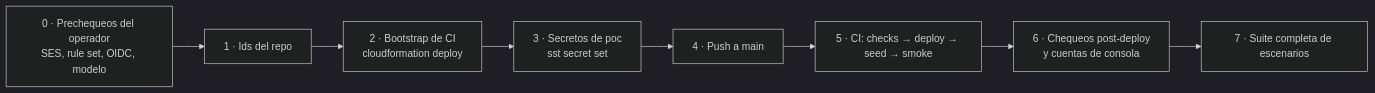
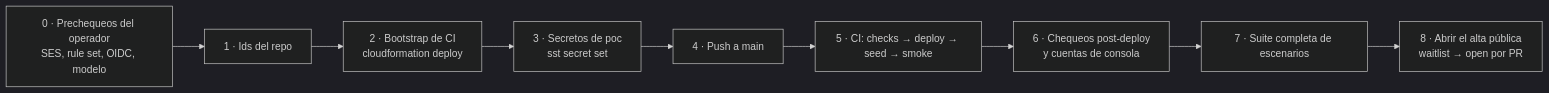
Before and after one commit to craftech-io/aws-cds-hackathon-poc-legajo: the fourth of 4 diagrams in docs/architecture.md, drawn with Mermaid (dark theme). The commit also changed other lines of this file and 28 other files, not shown here.

````diff
--- a/docs/architecture.md
+++ b/docs/architecture.md
@@ -435,10 +492,11 @@
 ```mermaid
 flowchart LR
   P0["0 · Prechequeos del operador<br/>SES, rule set, OIDC, modelo"] --> P1["1 · Ids del repo"]
   P1 --> P2["2 · Bootstrap de CI<br/>cloudformation deploy"]
   P2 --> P3["3 · Secretos de poc<br/>sst secret set"]
   P3 --> P4["4 · Push a main"]
   P4 --> P5["5 · CI: checks → deploy → seed → smoke"]
   P5 --> P6["6 · Chequeos post-deploy<br/>y cuentas de consola"]
   P6 --> P7["7 · Suite completa de escenarios"]
+  P7 --> P8["8 · Abrir el alta pública<br/>waitlist → open por PR"]
 ```
````
